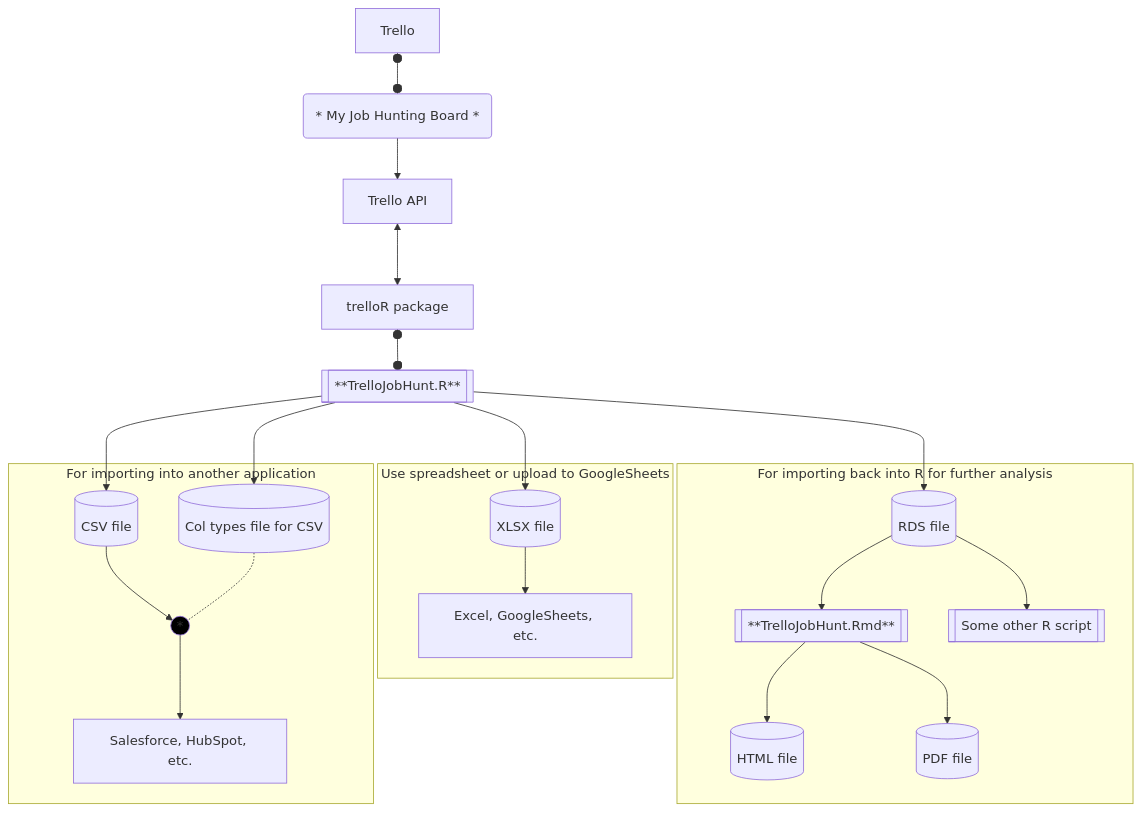
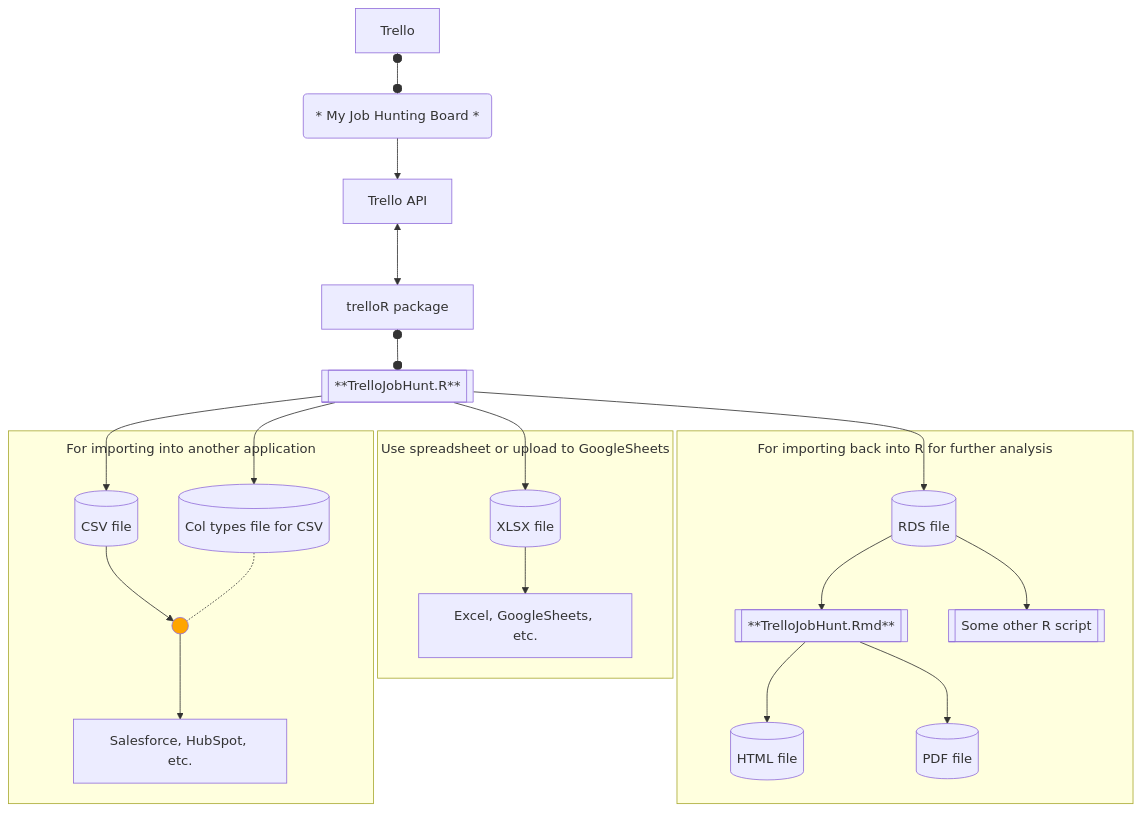
The first of 2 diagrams in README.md (ccowens/trello-dump), drawn with Mermaid before and after one commit.

Commit message:
Update README.md
Fixed bug and subgraph spacing

````diff
--- a/README.md
+++ b/README.md
@@ -14,32 +14,32 @@
 ``` mermaid
-
+%%{init: {"theme": "default", "flowchart": {"subGraphTitleMargin": {"top": 10, "bottom": 30}}}}%%
 graph
     Z[Trello] o--o Y(*&nbsp;My Job Hunting Board&nbsp;*)
     Y --> X[Trello API] 
     X <--> W[trelloR package] 
 subgraph main
 W o--o A[[**TrelloJobHunt.R**]]
 end
 style main fill:#fff, stroke:#fff, color:#fff
 
 subgraph Use spreadsheet or upload to GoogleSheets
     A --> B[(XLSX file)]
     B --> D[Excel, GoogleSheets, etc.]
     end
     
 subgraph For importing back into R for further analysis
     A --> C[(RDS file)]
     C --> E[[**TrelloJobHunt.Rmd**]]
     E --> J[(HTML file)]
     E --> K[(PDF file)]
     C --> F[[Some other R script]]
     end
 subgraph For importing into another application
     A --> G[(CSV file)]
-    G --> L((*))
-    style L fill:#000
+    G --> L((&nbsp;))
+    style L fill:orange
     A --> I[(Col types file for CSV)]
     I -.- L
     L --> H[Salesforce, HubSpot, etc.]
     end
 ```
````
